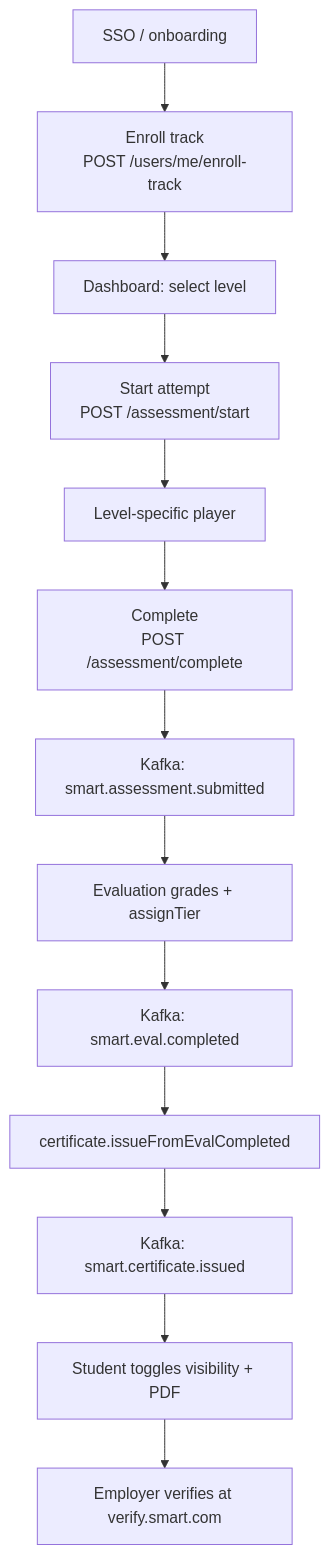
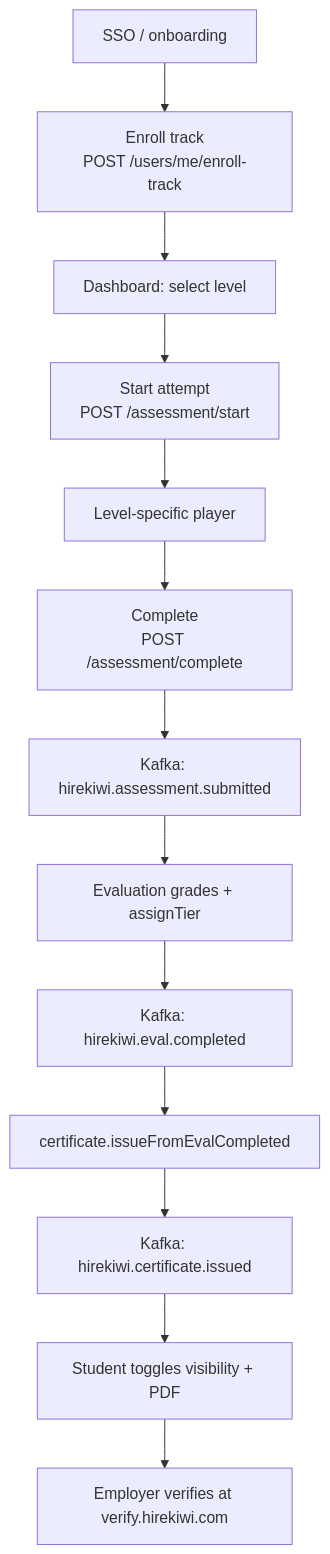
The first of 3 diagrams in apps/web-docs/content/docs/playbooks/assessment-and-skill-verification-flow.mdx (infinitica-org/HireKiwi), drawn with Mermaid before and after one commit. The commit also changed other lines of this file and 44 other files, not shown here.

````diff
--- a/apps/web-docs/content/docs/playbooks/assessment-and-skill-verification-flow.mdx
+++ b/apps/web-docs/content/docs/playbooks/assessment-and-skill-verification-flow.mdx
@@ -80,15 +80,15 @@
 ```mermaid
 flowchart TD
   A[SSO / onboarding] --> B[Enroll track<br/>POST /users/me/enroll-track]
   B --> C[Dashboard: select level]
   C --> D[Start attempt<br/>POST /assessment/start]
   D --> E[Level-specific player]
   E --> F[Complete<br/>POST /assessment/complete]
-  F --> G[Kafka: smart.assessment.submitted]
+  F --> G[Kafka: hirekiwi.assessment.submitted]
   G --> H[Evaluation grades + assignTier]
-  H --> I[Kafka: smart.eval.completed]
+  H --> I[Kafka: hirekiwi.eval.completed]
   I --> J[certificate.issueFromEvalCompleted]
-  J --> K[Kafka: smart.certificate.issued]
+  J --> K[Kafka: hirekiwi.certificate.issued]
   K --> L[Student toggles visibility + PDF]
-  L --> M[Employer verifies at verify.smart.com]
+  L --> M[Employer verifies at verify.hirekiwi.com]
 ```
````
